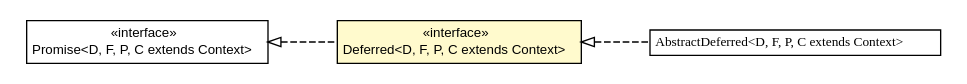
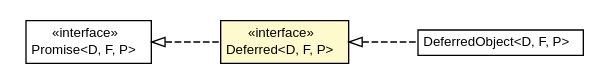
One commit to growbit/turbogwt-core changed the diagram in javadoc/apidocs/org/turbogwt/core/future/shared/Deferred.dot. Above: the diagram before and after it, drawn with Graphviz. The commit also changed 163 other files, not shown here.

```diff
--- a/javadoc/apidocs/org/turbogwt/core/future/shared/Deferred.dot
+++ b/javadoc/apidocs/org/turbogwt/core/future/shared/Deferred.dot
@@ -1,37 +1,37 @@
 #!/usr/local/bin/dot
 #
 # Class diagram 
 # Generated by UMLGraph version R5_6-24-gf6e263 (http://www.umlgraph.org/)
 #
 
 digraph G {
 	edge [fontname="arial",fontsize=10,labelfontname="arial",labelfontsize=10];
 	node [fontname="arial",fontsize=10,shape=plaintext];
 	nodesep=0.25;
 	ranksep=0.5;
 	rankdir=LR;
-	// org.turbogwt.core.future.shared.Promise<D, F, P, C extends org.turbogwt.core.future.shared.Context>
-	c452 [label=<<table title="org.turbogwt.core.future.shared.Promise" border="0" cellborder="1" cellspacing="0" cellpadding="2" port="p" href="./Promise.html">
+	// org.turbogwt.core.future.shared.Promise<D, F, P>
+	c317 [label=<<table title="org.turbogwt.core.future.shared.Promise" border="0" cellborder="1" cellspacing="0" cellpadding="2" port="p" href="./Promise.html">
 		<tr><td><table border="0" cellspacing="0" cellpadding="1">
 <tr><td align="center" balign="center"> &#171;interface&#187; </td></tr>
-<tr><td align="center" balign="center"> Promise&lt;D, F, P, C extends Context&gt; </td></tr>
+<tr><td align="center" balign="center"> Promise&lt;D, F, P&gt; </td></tr>
 		</table></td></tr>
 		</table>>, URL="./Promise.html", fontname="arial", fontcolor="black", fontsize=10.0];
-	// org.turbogwt.core.future.shared.Deferred<D, F, P, C extends org.turbogwt.core.future.shared.Context>
-	c457 [label=<<table title="org.turbogwt.core.future.shared.Deferred" border="0" cellborder="1" cellspacing="0" cellpadding="2" port="p" bgcolor="lemonChiffon" href="./Deferred.html">
+	// org.turbogwt.core.future.shared.Deferred<D, F, P>
+	c322 [label=<<table title="org.turbogwt.core.future.shared.Deferred" border="0" cellborder="1" cellspacing="0" cellpadding="2" port="p" bgcolor="lemonChiffon" href="./Deferred.html">
 		<tr><td><table border="0" cellspacing="0" cellpadding="1">
 <tr><td align="center" balign="center"> &#171;interface&#187; </td></tr>
-<tr><td align="center" balign="center"> Deferred&lt;D, F, P, C extends Context&gt; </td></tr>
+<tr><td align="center" balign="center"> Deferred&lt;D, F, P&gt; </td></tr>
 		</table></td></tr>
 		</table>>, URL="./Deferred.html", fontname="arial", fontcolor="black", fontsize=10.0];
-	// org.turbogwt.core.future.shared.impl.AbstractDeferred<D, F, P, C extends org.turbogwt.core.future.shared.Context>
-	c463 [label=<<table title="org.turbogwt.core.future.shared.impl.AbstractDeferred" border="0" cellborder="1" cellspacing="0" cellpadding="2" port="p" href="./impl/AbstractDeferred.html">
+	// org.turbogwt.core.future.shared.impl.DeferredObject<D, F, P>
+	c324 [label=<<table title="org.turbogwt.core.future.shared.impl.DeferredObject" border="0" cellborder="1" cellspacing="0" cellpadding="2" port="p" href="./impl/DeferredObject.html">
 		<tr><td><table border="0" cellspacing="0" cellpadding="1">
-<tr><td align="center" balign="center"><font face="arial italic"> AbstractDeferred&lt;D, F, P, C extends Context&gt; </font></td></tr>
+<tr><td align="center" balign="center"> DeferredObject&lt;D, F, P&gt; </td></tr>
 		</table></td></tr>
-		</table>>, URL="./impl/AbstractDeferred.html", fontname="arial", fontcolor="black", fontsize=10.0];
-	//org.turbogwt.core.future.shared.Deferred<D, F, P, C extends org.turbogwt.core.future.shared.Context> implements org.turbogwt.core.future.shared.Promise<D, F, P, C extends org.turbogwt.core.future.shared.Context>
-	c452:p -> c457:p [dir=back,arrowtail=empty,style=dashed];
-	//org.turbogwt.core.future.shared.impl.AbstractDeferred<D, F, P, C extends org.turbogwt.core.future.shared.Context> implements org.turbogwt.core.future.shared.Deferred<D, F, P, C extends org.turbogwt.core.future.shared.Context>
-	c457:p -> c463:p [dir=back,arrowtail=empty,style=dashed];
+		</table>>, URL="./impl/DeferredObject.html", fontname="arial", fontcolor="black", fontsize=10.0];
+	//org.turbogwt.core.future.shared.Deferred<D, F, P> implements org.turbogwt.core.future.shared.Promise<D, F, P>
+	c317:p -> c322:p [dir=back,arrowtail=empty,style=dashed];
+	//org.turbogwt.core.future.shared.impl.DeferredObject<D, F, P> implements org.turbogwt.core.future.shared.Deferred<D, F, P>
+	c322:p -> c324:p [dir=back,arrowtail=empty,style=dashed];
 }
```
